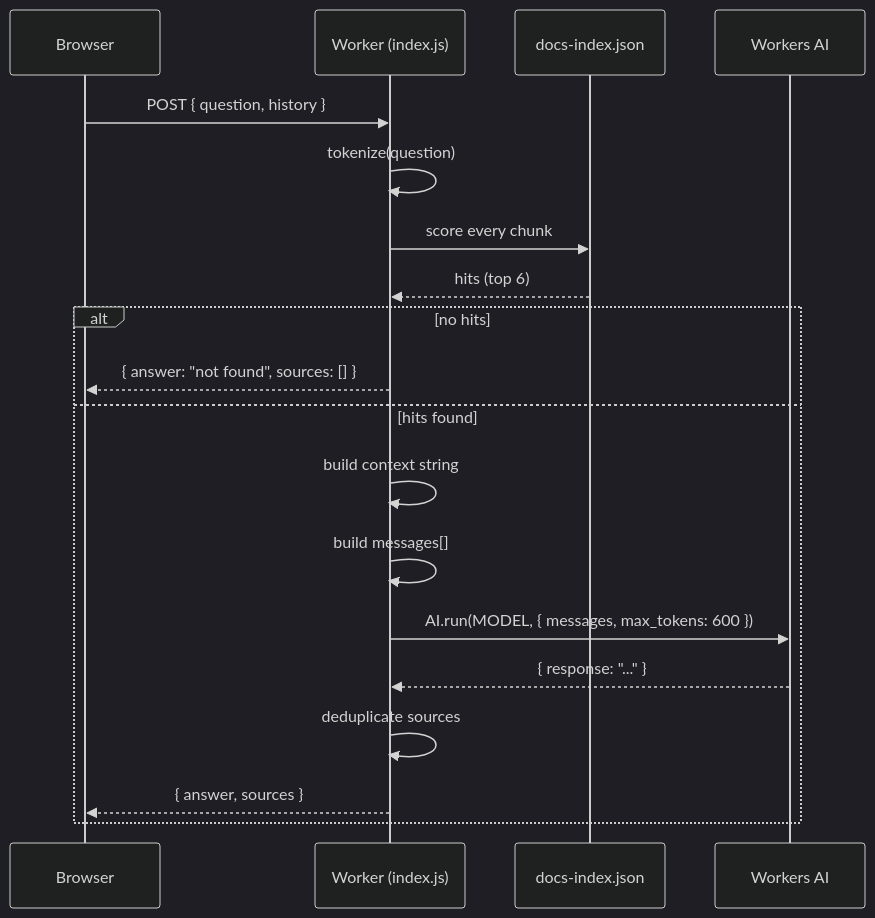
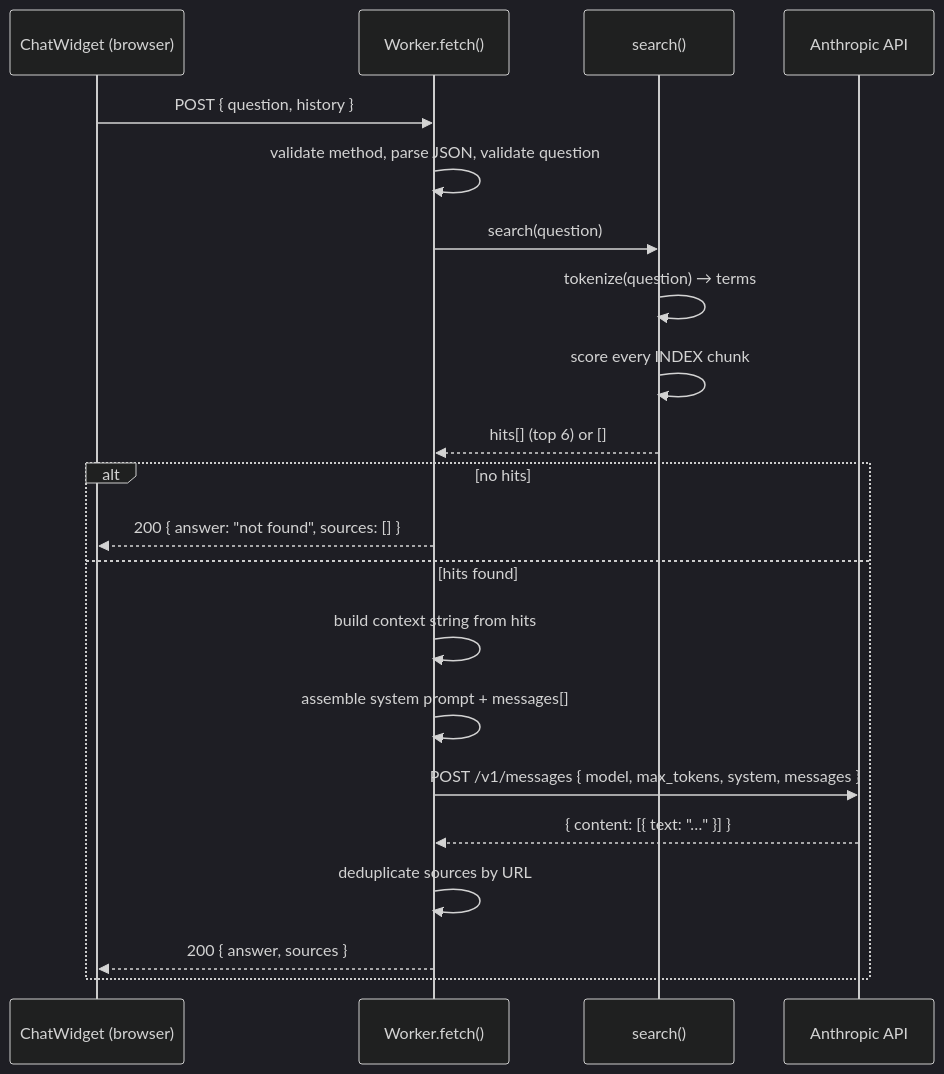
Before and after one commit to Gunashekharp/sdlc-sample-worflow: the second of 2 diagrams in docs-site/src/content/docs/chat-worker/worker.md, drawn with Mermaid (dark theme). The commit also changed other lines of this file and 52 other files, not shown here.

````diff
--- a/docs-site/src/content/docs/chat-worker/worker.md
+++ b/docs-site/src/content/docs/chat-worker/worker.md
@@ -324,22 +509,25 @@
 ```mermaid
 sequenceDiagram
-  participant Browser
-  participant Worker as Worker (index.js)
-  participant Index as docs-index.json
-  participant AI as Workers AI
+  participant CW as ChatWidget (browser)
+  participant W as Worker.fetch()
+  participant S as search()
+  participant A as Anthropic API
 
-  Browser->>Worker: POST { question, history }
-  Worker->>Worker: tokenize(question)
-  Worker->>Index: score every chunk
-  Index-->>Worker: hits (top 6)
+  CW->>W: POST { question, history }
+  W->>W: validate method, parse JSON, validate question
+  W->>S: search(question)
+  S->>S: tokenize(question) → terms
+  S->>S: score every INDEX chunk
+  S-->>W: hits[] (top 6) or []
+
   alt no hits
-    Worker-->>Browser: { answer: "not found", sources: [] }
+    W-->>CW: 200 { answer: "not found", sources: [] }
   else hits found
-    Worker->>Worker: build context string
-    Worker->>Worker: build messages[]
-    Worker->>AI: AI.run(MODEL, { messages, max_tokens: 600 })
-    AI-->>Worker: { response: "..." }
-    Worker->>Worker: deduplicate sources
-    Worker-->>Browser: { answer, sources }
+    W->>W: build context string from hits
+    W->>W: assemble system prompt + messages[]
+    W->>A: POST /v1/messages { model, max_tokens, system, messages }
+    A-->>W: { content: [{ text: "…" }] }
+    W->>W: deduplicate sources by URL
+    W-->>CW: 200 { answer, sources }
   end
 ```
````
